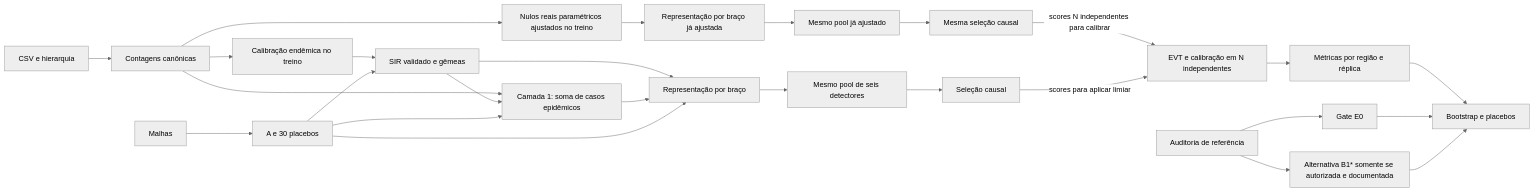
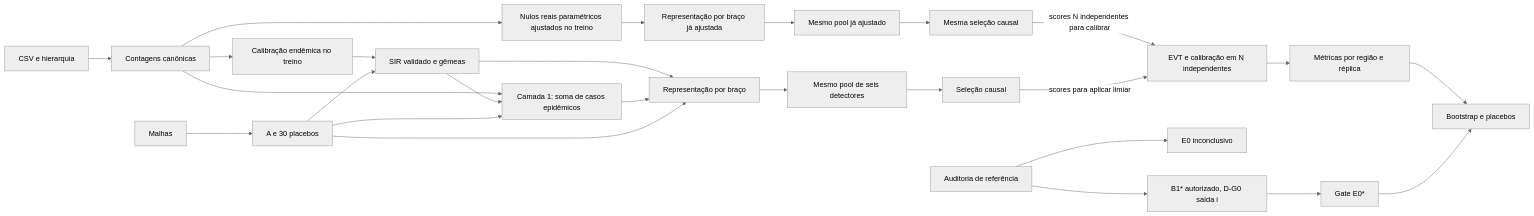
The diagram in docs/superpowers/specs/2026-09-26-headd-l0-architecture.md (viniciusnvcosta/net-sci-epi), drawn with Mermaid (neutral theme) before and after one commit. The commit also changed other lines of this file and 5 other files, not shown here.

````diff
--- a/docs/superpowers/specs/2026-09-26-headd-l0-architecture.md
+++ b/docs/superpowers/specs/2026-09-26-headd-l0-architecture.md
@@ -97,28 +97,28 @@
 ```mermaid
 flowchart LR
   CSV[CSV e hierarquia] --> COUNT[Contagens canônicas]
   GEO[Malhas] --> A[A e 30 placebos]
   COUNT --> CAL[Calibração endêmica no treino]
   CAL --> SIM[SIR validado e gêmeas]
   A --> SIM
   COUNT --> INJ[Camada 1: soma de casos epidêmicos]
   SIM --> INJ
   A --> INJ
   COUNT --> NULL[Nulos reais paramétricos ajustados no treino]
   NULL --> NREP[Representação por braço já ajustada]
   NREP --> NPOOL[Mesmo pool já ajustado]
   NPOOL --> NSEL[Mesma seleção causal]
   NSEL -->|scores N independentes para calibrar| FAR
   SIM --> REP[Representação por braço]
   INJ --> REP
   A --> REP
   REP --> POOL[Mesmo pool de seis detectores]
   POOL --> SEL[Seleção causal]
   SEL -->|scores para aplicar limiar| FAR[EVT e calibração em N independentes]
   FAR --> EVAL[Métricas por região e réplica]
   EVAL --> STAT[Bootstrap e placebos]
-  G0[Auditoria de referência] --> E0[Gate E0]
-  E0 --> STAT
-  G0 --> ROUTE[Alternativa B1* somente se autorizada e documentada]
-  ROUTE --> STAT
+  G0[Auditoria de referência] --> E0[E0 inconclusivo]
+  G0 --> ROUTE[B1* autorizado, D-G0 saída i]
+  ROUTE --> E0S[Gate E0*]
+  E0S --> STAT
 ```
````
